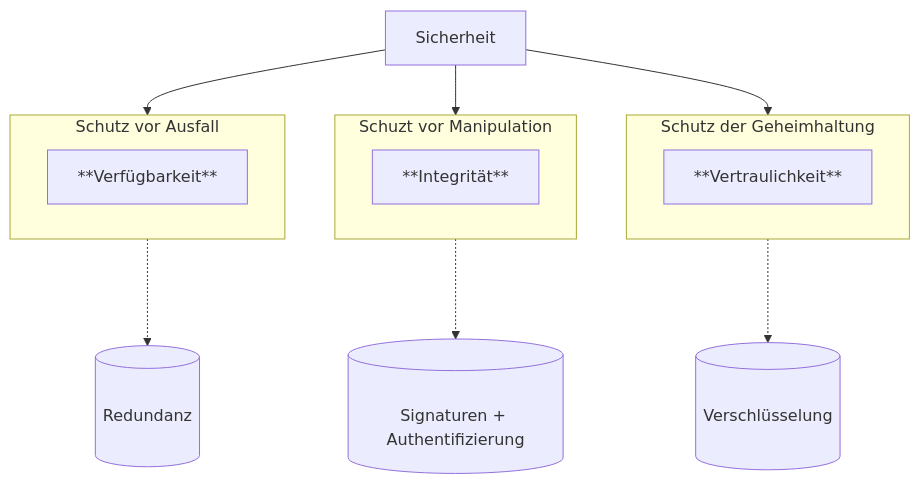
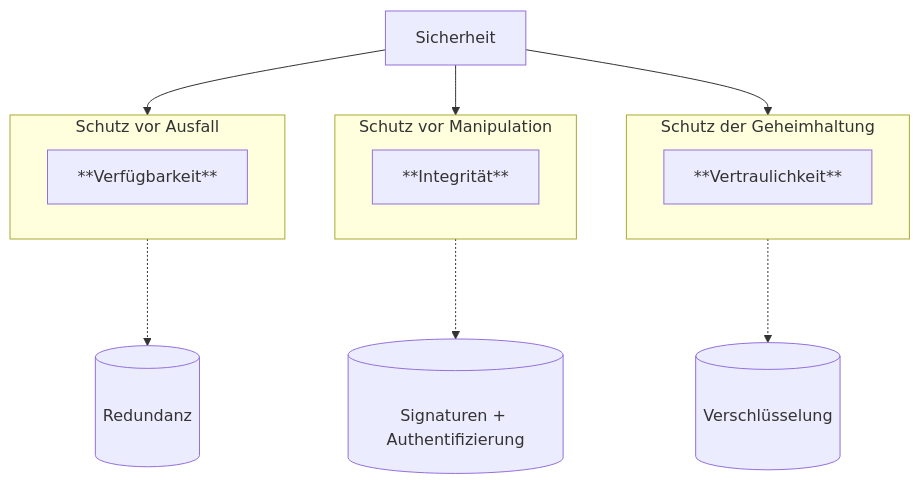
The second of 3 diagrams in src/datensicherheit.md (johannesloetzsch/LF4), drawn with Mermaid before and after one commit.

Commit message:
Fix typo in datensicherheit.md

````diff
--- a/src/datensicherheit.md
+++ b/src/datensicherheit.md
@@ -28,15 +28,15 @@
 ```mermaid
 flowchart TB
   subgraph Verfügbarkeit[Schutz vor Ausfall]
     **Verfügbarkeit**
   end
-  subgraph Integrität[Schuzt vor Manipulation]
+  subgraph Integrität[Schutz vor Manipulation]
     **Integrität**
   end
   subgraph Vertraulichkeit[Schutz der Geheimhaltung]
     **Vertraulichkeit**
   end
   Sicherheit --> Verfügbarkeit -..-> r[(&nbsp;<br>Redundanz<br>&nbsp;)]
   Sicherheit --> Integrität -..-> s[(&nbsp;<br>Signaturen + Authentifizierung)]
   Sicherheit --> Vertraulichkeit -..-> v[(&nbsp;<br>Verschlüsselung<br>&nbsp;)]
 ```
````
